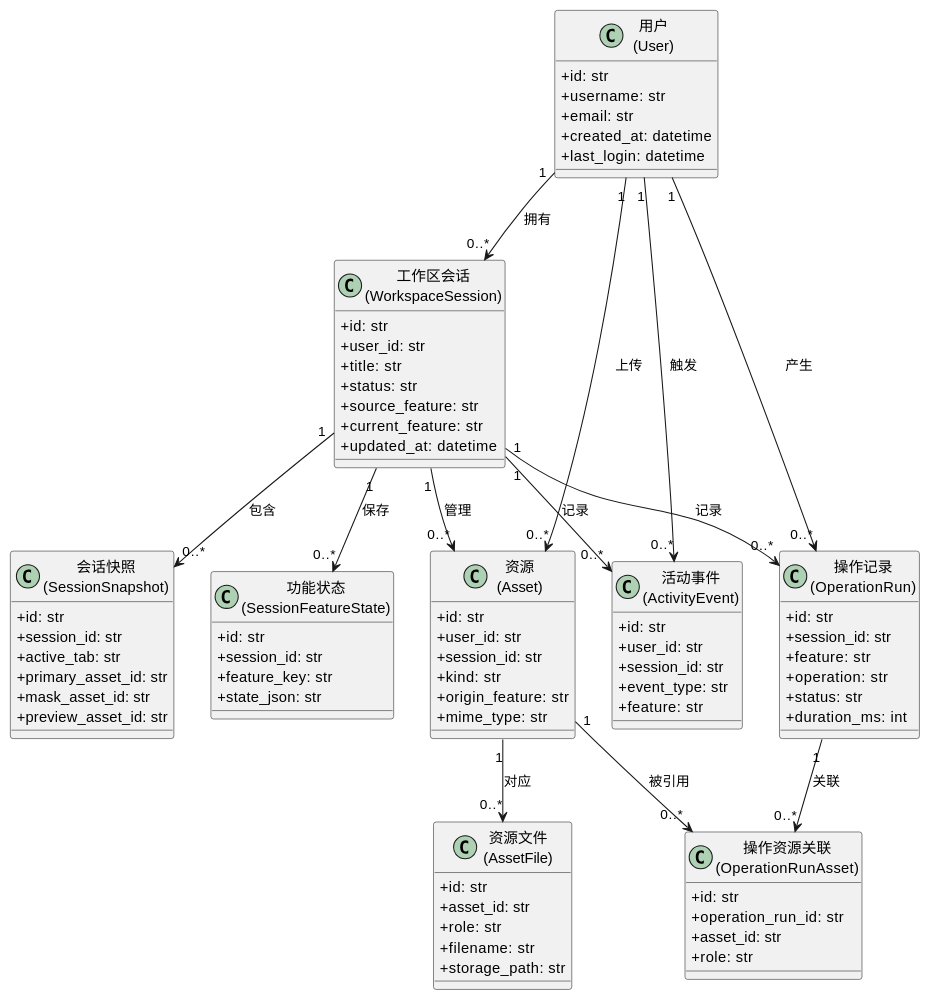
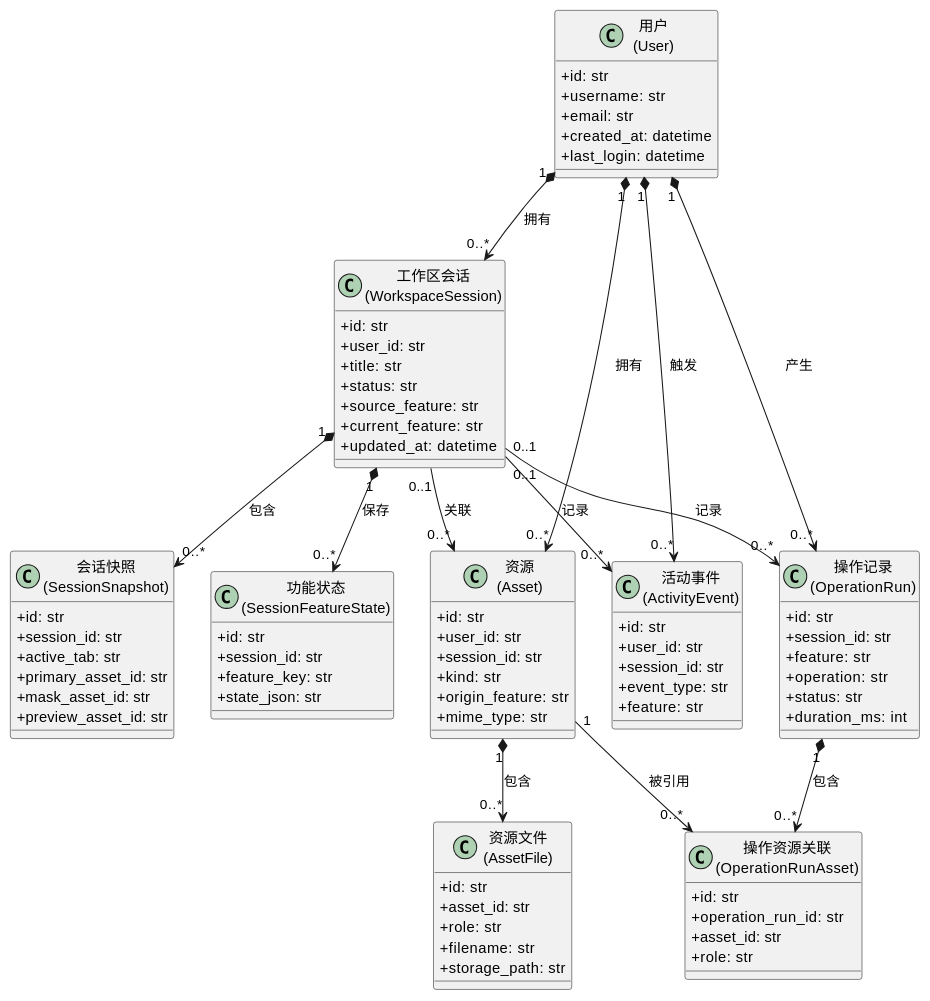
Before and after one commit to LyferLu/Artie: diagram 23 of 26 in doc/paper.md, drawn with PlantUML. The commit also changed other lines of this file, not shown here.

````diff
--- a/doc/paper.md
+++ b/doc/paper.md
@@ -1578,17 +1579,17 @@
   +feature: str
 }
 
-User "1" --> "0..*" WorkspaceSession : 拥有
-User "1" --> "0..*" Asset : 上传
-User "1" --> "0..*" OperationRun : 产生
-User "1" --> "0..*" ActivityEvent : 触发
-WorkspaceSession "1" --> "0..*" SessionSnapshot : 包含
-WorkspaceSession "1" --> "0..*" SessionFeatureState : 保存
-WorkspaceSession "1" --> "0..*" Asset : 管理
-WorkspaceSession "1" --> "0..*" OperationRun : 记录
-WorkspaceSession "1" --> "0..*" ActivityEvent : 记录
-Asset "1" --> "0..*" AssetFile : 对应
-OperationRun "1" --> "0..*" OperationRunAsset : 关联
+User "1" *--> "0..*" WorkspaceSession : 拥有
+User "1" *--> "0..*" Asset : 拥有
+User "1" *--> "0..*" OperationRun : 产生
+User "1" *--> "0..*" ActivityEvent : 触发
+WorkspaceSession "1" *--> "0..*" SessionSnapshot : 包含
+WorkspaceSession "1" *--> "0..*" SessionFeatureState : 保存
+WorkspaceSession "0..1" --> "0..*" Asset : 关联
+WorkspaceSession "0..1" --> "0..*" OperationRun : 记录
+WorkspaceSession "0..1" --> "0..*" ActivityEvent : 记录
+Asset "1" *--> "0..*" AssetFile : 包含
+OperationRun "1" *--> "0..*" OperationRunAsset : 包含
 Asset "1" --> "0..*" OperationRunAsset : 被引用
 @enduml
 ```
````
